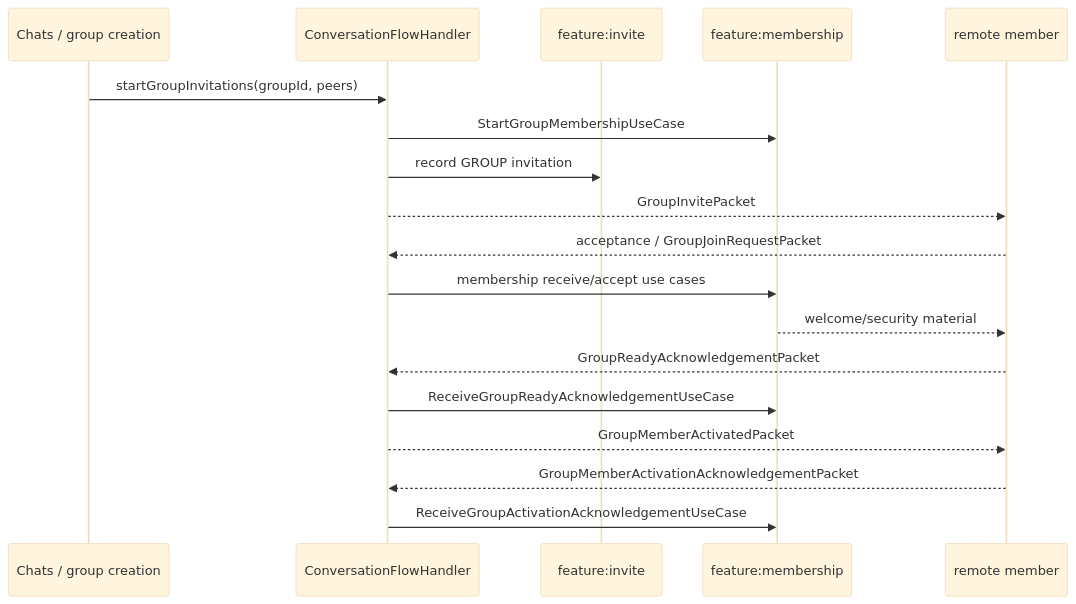
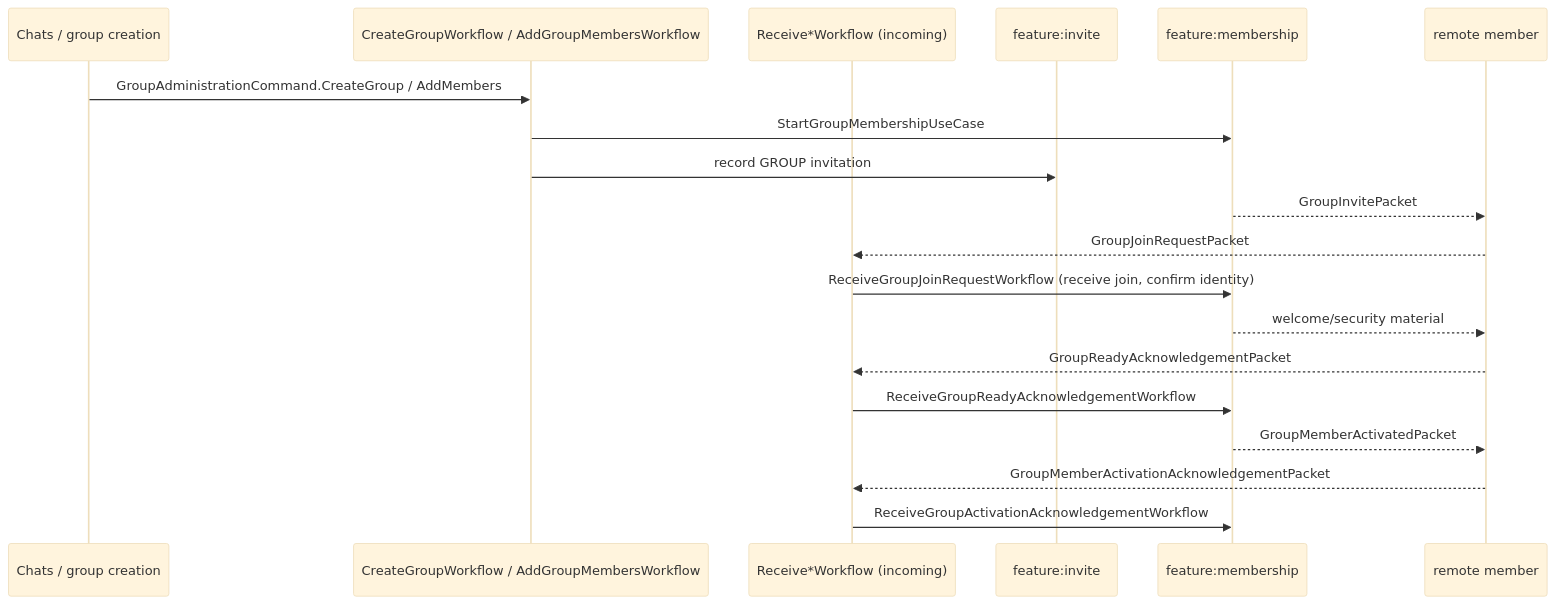
The diagram in docs/features/group-membership.md (cbgm/Sparrow), drawn with Mermaid (base theme) before and after one commit. The commit also changed other lines of this file and 1098 other files, not shown here.

````diff
--- a/docs/features/group-membership.md
+++ b/docs/features/group-membership.md
@@ -50,21 +50,22 @@
 ```mermaid
 sequenceDiagram
     participant CHAT as Chats / group creation
-    participant FLOW as ConversationFlowHandler
+    participant FLOW as CreateGroupWorkflow / AddGroupMembersWorkflow
+    participant IN as Receive*Workflow (incoming)
     participant INV as feature:invite
     participant MEM as feature:membership
     participant PEER as remote member
 
-    CHAT->>FLOW: startGroupInvitations(groupId, peers)
+    CHAT->>FLOW: GroupAdministrationCommand.CreateGroup / AddMembers
     FLOW->>MEM: StartGroupMembershipUseCase
     FLOW->>INV: record GROUP invitation
-    FLOW-->>PEER: GroupInvitePacket
-    PEER-->>FLOW: acceptance / GroupJoinRequestPacket
-    FLOW->>MEM: membership receive/accept use cases
+    MEM-->>PEER: GroupInvitePacket
+    PEER-->>IN: GroupJoinRequestPacket
+    IN->>MEM: ReceiveGroupJoinRequestWorkflow (receive join, confirm identity)
     MEM-->>PEER: welcome/security material
-    PEER-->>FLOW: GroupReadyAcknowledgementPacket
-    FLOW->>MEM: ReceiveGroupReadyAcknowledgementUseCase
-    FLOW-->>PEER: GroupMemberActivatedPacket
-    PEER-->>FLOW: GroupMemberActivationAcknowledgementPacket
-    FLOW->>MEM: ReceiveGroupActivationAcknowledgementUseCase
+    PEER-->>IN: GroupReadyAcknowledgementPacket
+    IN->>MEM: ReceiveGroupReadyAcknowledgementWorkflow
+    MEM-->>PEER: GroupMemberActivatedPacket
+    PEER-->>IN: GroupMemberActivationAcknowledgementPacket
+    IN->>MEM: ReceiveGroupActivationAcknowledgementWorkflow
 ```
````
